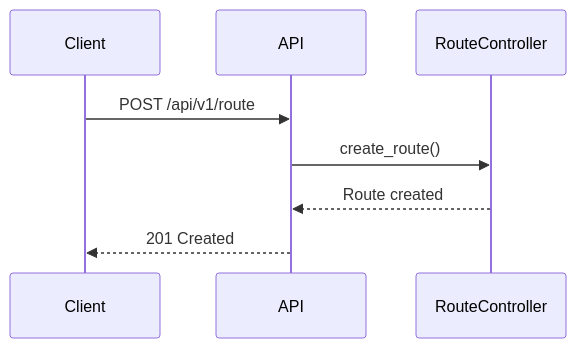
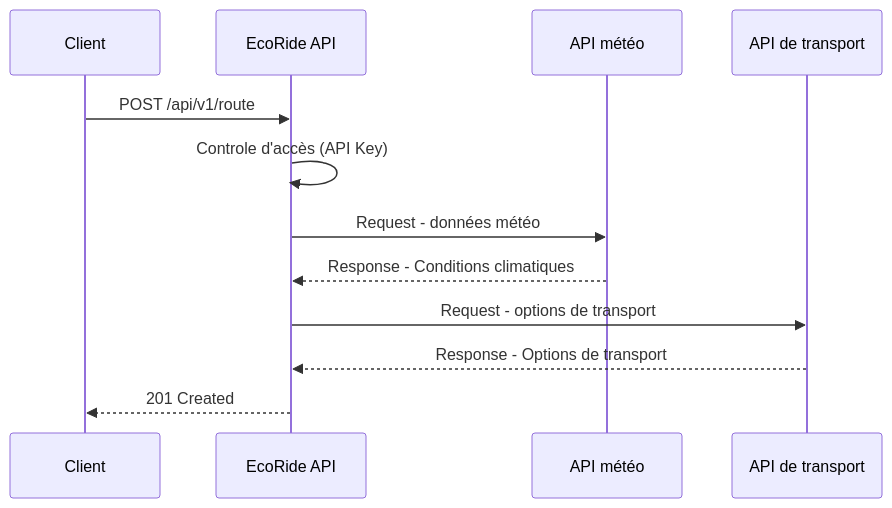
The diagram in docs/sequence-diagram.md (LDadj/EcoRide-API), drawn with Mermaid before and after one commit. The commit also changed 1 other file, not shown here.

Commit message:
modified:   README.md 	modified:   docs/sequence-diagram.md

````diff
--- a/docs/sequence-diagram.md
+++ b/docs/sequence-diagram.md
@@ -5,12 +5,16 @@
 ```mermaid
 
 sequenceDiagram
     participant Client
-    participant API
-    participant RouteController
+    participant EcoRide API
+    participant API météo
+    participant API de transport
 
-    Client->>API: POST /api/v1/route
-    API->>RouteController: create_route()
-    RouteController-->>API: Route created
-    API-->>Client: 201 Created
+    Client->>EcoRide API: POST /api/v1/route
+    EcoRide API->>EcoRide API: Controle d'accès (API Key) 
+    EcoRide API->>API météo: Request - données météo
+    API météo-->>EcoRide API: Response - Conditions climatiques
+    EcoRide API->>API de transport: Request - options de transport
+    API de transport-->>EcoRide API: Response - Options de transport
+    EcoRide API-->>Client: 201 Created
 ```
````
